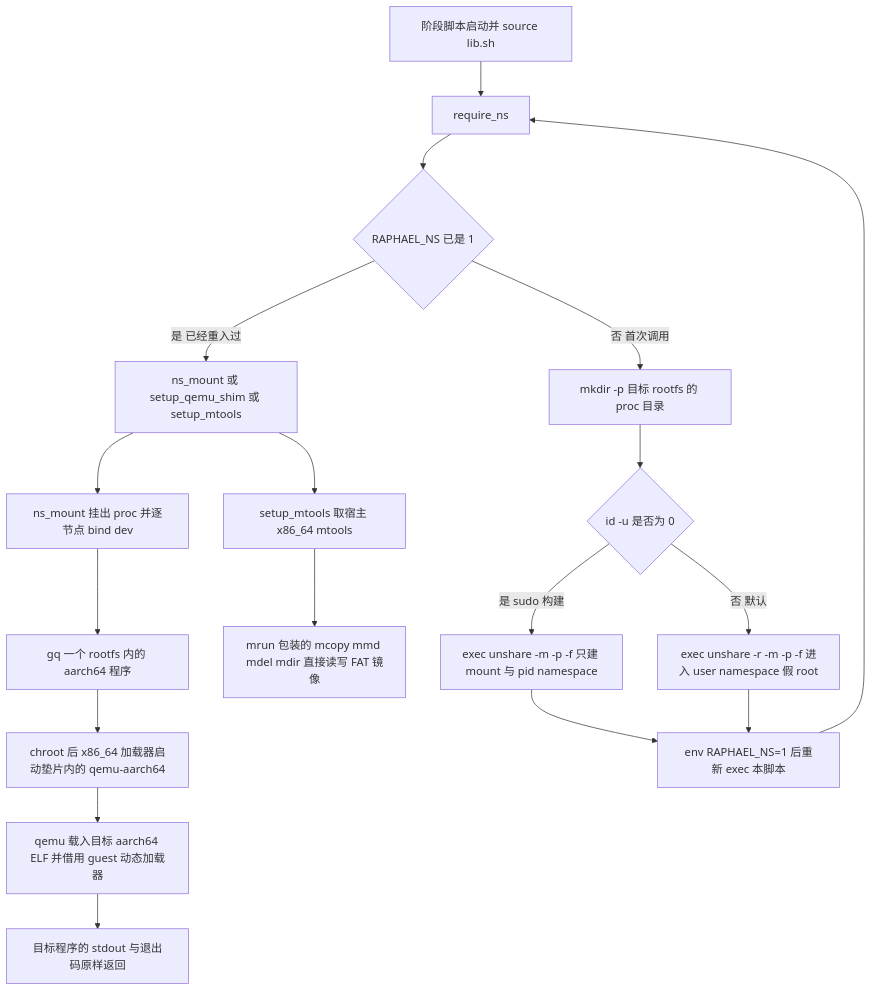
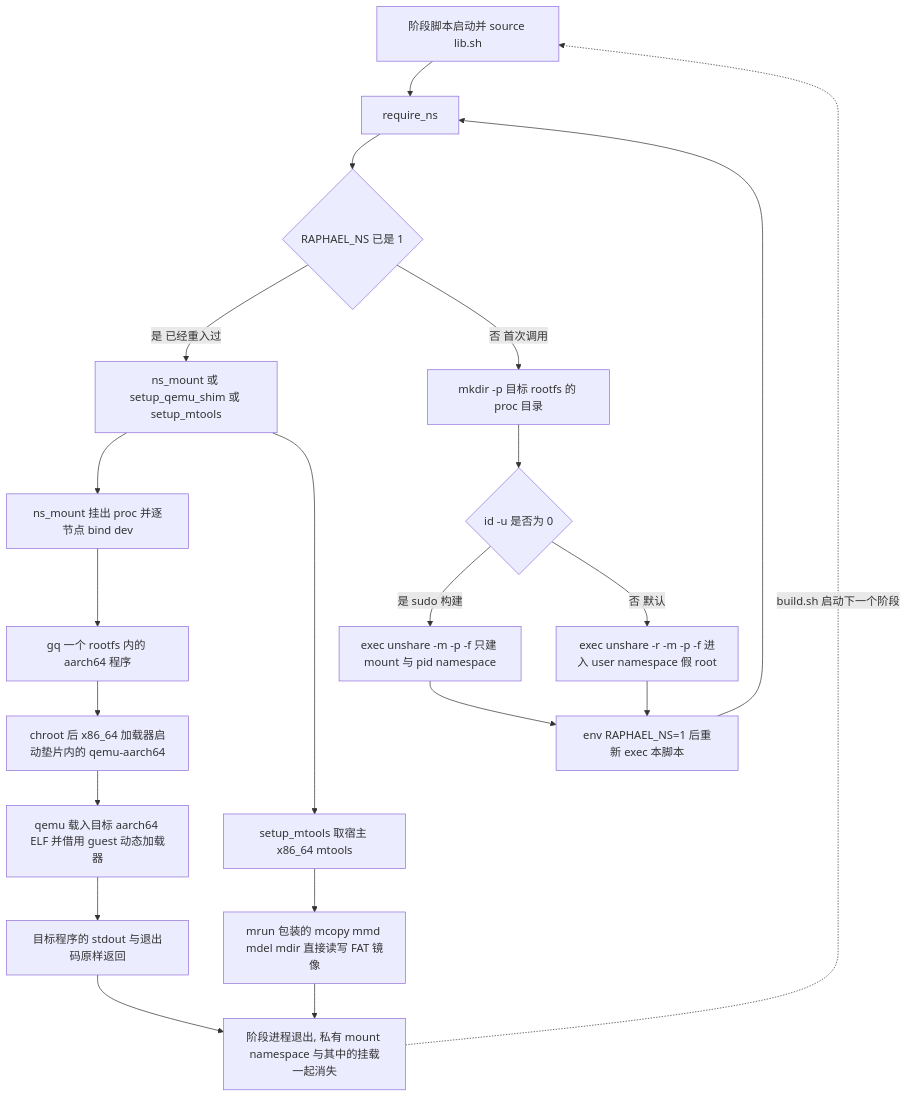
Before and after one commit to Winter21c/archlinux-xiaomi-raphael: the first of 2 diagrams in openwiki/architecture/rootless-build-runtime.md, drawn with Mermaid. The commit also changed other lines of this file and 12 other files, not shown here.

````diff
--- a/openwiki/architecture/rootless-build-runtime.md
+++ b/openwiki/architecture/rootless-build-runtime.md
@@ -63,20 +63,23 @@
 ```mermaid
 flowchart TD
   A["阶段脚本启动并 source lib.sh"] --> B["require_ns"]
   B --> C{"RAPHAEL_NS 已是 1"}
   C -->|"是 已经重入过"| H["ns_mount 或 setup_qemu_shim 或 setup_mtools"]
   C -->|"否 首次调用"| D["mkdir -p 目标 rootfs 的 proc 目录"]
   D --> E{"id -u 是否为 0"}
   E -->|"是 sudo 构建"| F["exec unshare -m -p -f 只建 mount 与 pid namespace"]
   E -->|"否 默认"| G["exec unshare -r -m -p -f 进入 user namespace 假 root"]
   F --> I["env RAPHAEL_NS=1 后重新 exec 本脚本"]
   G --> I
   I --> B
   H --> J["ns_mount 挂出 proc 并逐节点 bind dev"]
   H --> P["setup_mtools 取宿主 x86_64 mtools"]
   J --> K["gq 一个 rootfs 内的 aarch64 程序"]
   K --> L["chroot 后 x86_64 加载器启动垫片内的 qemu-aarch64"]
   L --> M["qemu 载入目标 aarch64 ELF 并借用 guest 动态加载器"]
   M --> N["目标程序的 stdout 与退出码原样返回"]
   P --> O["mrun 包装的 mcopy mmd mdel mdir 直接读写 FAT 镜像"]
+  N --> Q["阶段进程退出, 私有 mount namespace 与其中的挂载一起消失"]
+  O --> Q
+  Q -.->|"build.sh 启动下一个阶段"| A
 ```
````
